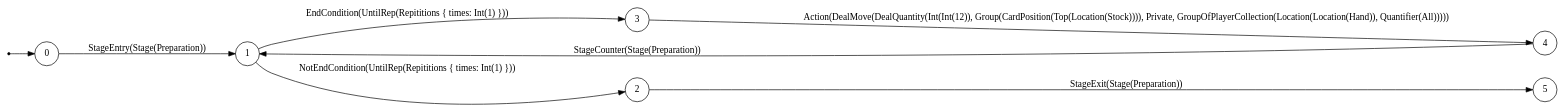
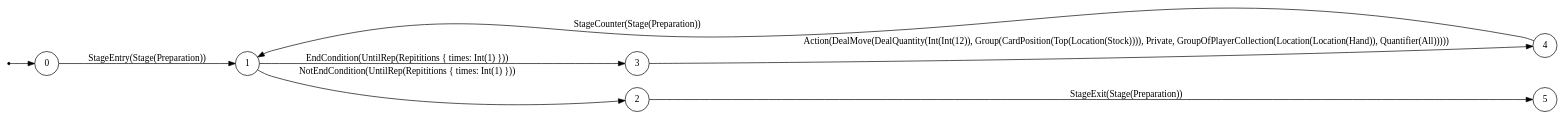
One commit to mentalcardgames/mcg changed the diagram in ir/tests_out/stage.dot. Above: the diagram before and after it, drawn with Graphviz. The commit also changed other lines of this file and 18 other files, not shown here.

```diff
--- a/ir/tests_out/stage.dot
+++ b/ir/tests_out/stage.dot
@@ -1,12 +1,12 @@
 digraph FSM {
   rankdir=LR;
   node [shape = circle];
-  2 -> 5 [label="StageExit(Stage(Preparation))"];
-  4 -> 1 [label="StageCounter(Stage(Preparation))"];
-  1 -> 2 [label="NotEndCondition(UntilRep(Repititions { times: Int(1) }))"];
   1 -> 3 [label="EndCondition(UntilRep(Repititions { times: Int(1) }))"];
   3 -> 4 [label="Action(DealMove(DealQuantity(Int(Int(12)), Group(CardPosition(Top(Location(Stock)))), Private, GroupOfPlayerCollection(Location(Location(Hand)), Quantifier(All)))))"];
   0 -> 1 [label="StageEntry(Stage(Preparation))"];
+  4 -> 1 [label="StageCounter(Stage(Preparation))"];
+  1 -> 2 [label="NotEndCondition(UntilRep(Repititions { times: Int(1) }))"];
+  2 -> 5 [label="StageExit(Stage(Preparation))"];
   start [shape=point];
   start -> 0;
 }
```
